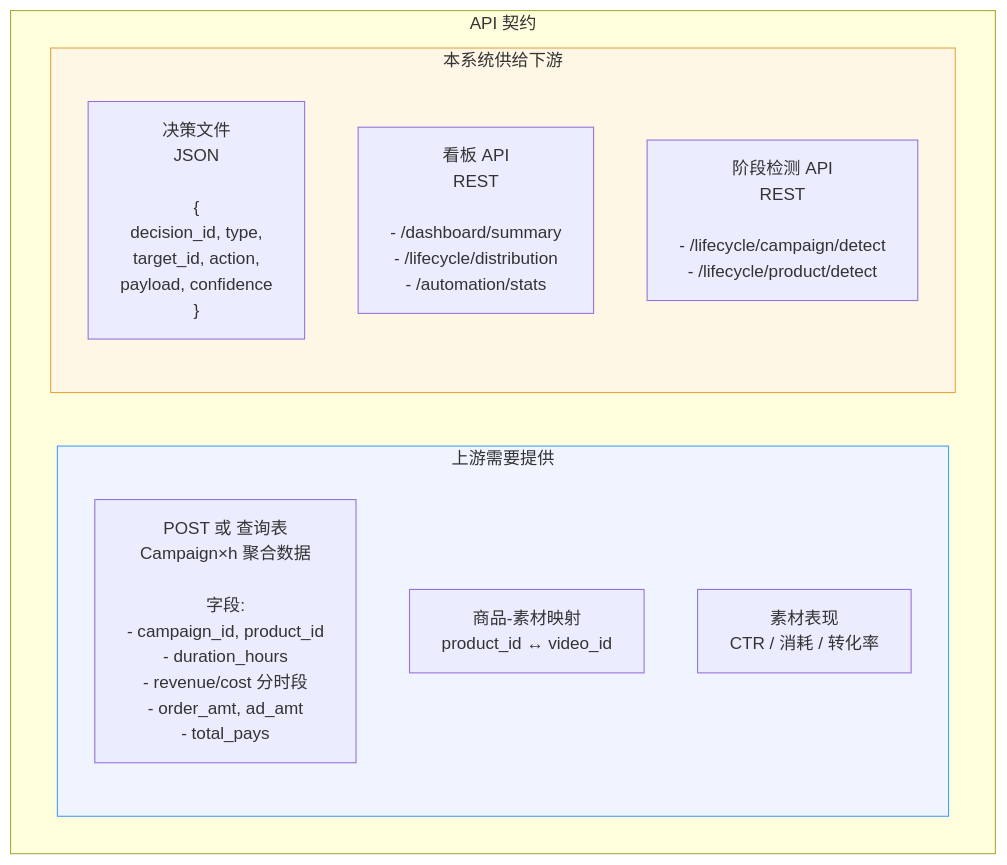
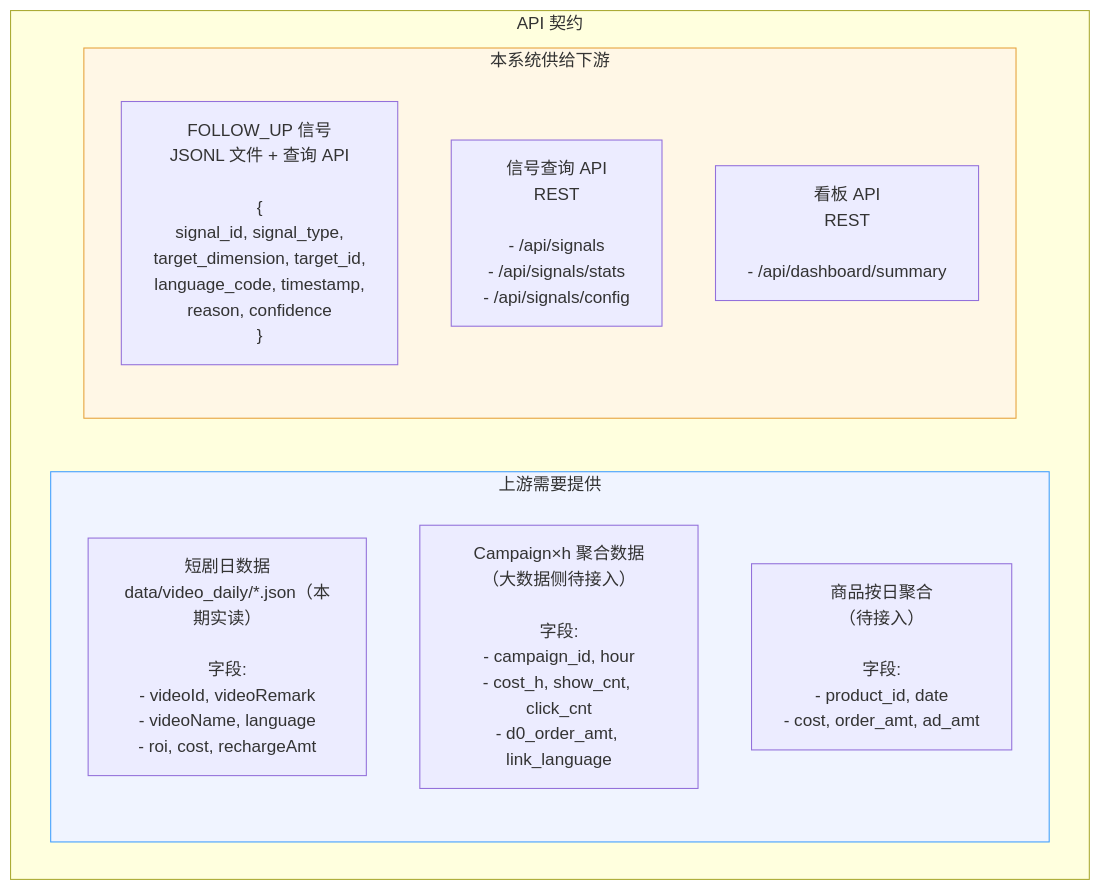
One commit to gar-su/smart_ad_put changed the third of 3 diagrams in docs/architecture.md. Above: the diagram before and after it, drawn with Mermaid. The commit also changed other lines of this file and 1 other file, not shown here.

Commit message:
docs: PRD 补入 §5.1 领域模型（在线原型 + v4.0 信号架构图），docs/architecture.md 同步重绘

````diff
--- a/docs/architecture.md
+++ b/docs/architecture.md
@@ -104,22 +108,22 @@
 ```mermaid
 graph TB
     %% ===== 供给契约 =====
 
     subgraph api_surface["API 契约"]
 
         subgraph upstream_api["上游需要提供"]
-            u1["POST 或 查询表<br/>Campaign×h 聚合数据<br/><br/>字段:<br/>- campaign_id, product_id<br/>- duration_hours<br/>- revenue/cost 分时段<br/>- order_amt, ad_amt<br/>- total_pays"]
-            u2["商品-素材映射<br/>product_id ↔ video_id"]
-            u3["素材表现<br/>CTR / 消耗 / 转化率"]
+            u1["短剧日数据<br/>data/video_daily/*.json（本期实读）<br/><br/>字段:<br/>- videoId, videoRemark<br/>- videoName, language<br/>- roi, cost, rechargeAmt"]
+            u2["Campaign×h 聚合数据<br/>（大数据侧待接入）<br/><br/>字段:<br/>- campaign_id, hour<br/>- cost_h, show_cnt, click_cnt<br/>- d0_order_amt, link_language"]
+            u3["商品按日聚合<br/>（待接入）<br/><br/>字段:<br/>- product_id, date<br/>- cost, order_amt, ad_amt"]
         end
 
         subgraph downstream_api["本系统供给下游"]
-            d1["决策文件<br/>JSON<br/><br/>{<br/>  decision_id, type,<br/>  target_id, action,<br/>  payload, confidence<br/>}"]
-            d2["看板 API<br/>REST<br/><br/>- /dashboard/summary<br/>- /lifecycle/distribution<br/>- /automation/stats"]
-            d3["阶段检测 API<br/>REST<br/><br/>- /lifecycle/campaign/detect<br/>- /lifecycle/product/detect"]
+            d1["FOLLOW_UP 信号<br/>JSONL 文件 + 查询 API<br/><br/>{<br/>  signal_id, signal_type,<br/>  target_dimension, target_id,<br/>  language_code, timestamp,<br/>  reason, confidence<br/>}"]
+            d2["信号查询 API<br/>REST<br/><br/>- /api/signals<br/>- /api/signals/stats<br/>- /api/signals/config"]
+            d3["看板 API<br/>REST<br/><br/>- /api/dashboard/summary"]
         end
     end
 
     style upstream_api fill:#f0f4ff,stroke:#409eff
     style downstream_api fill:#fff7e6,stroke:#e6a23c
 ```
````
